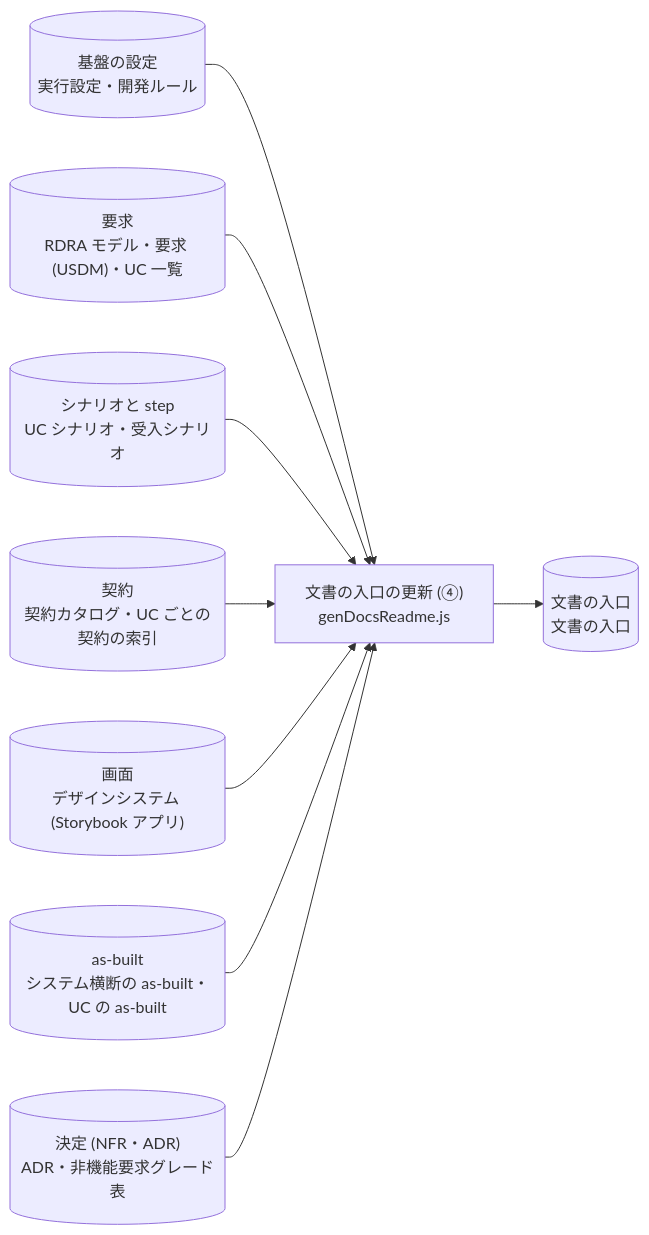
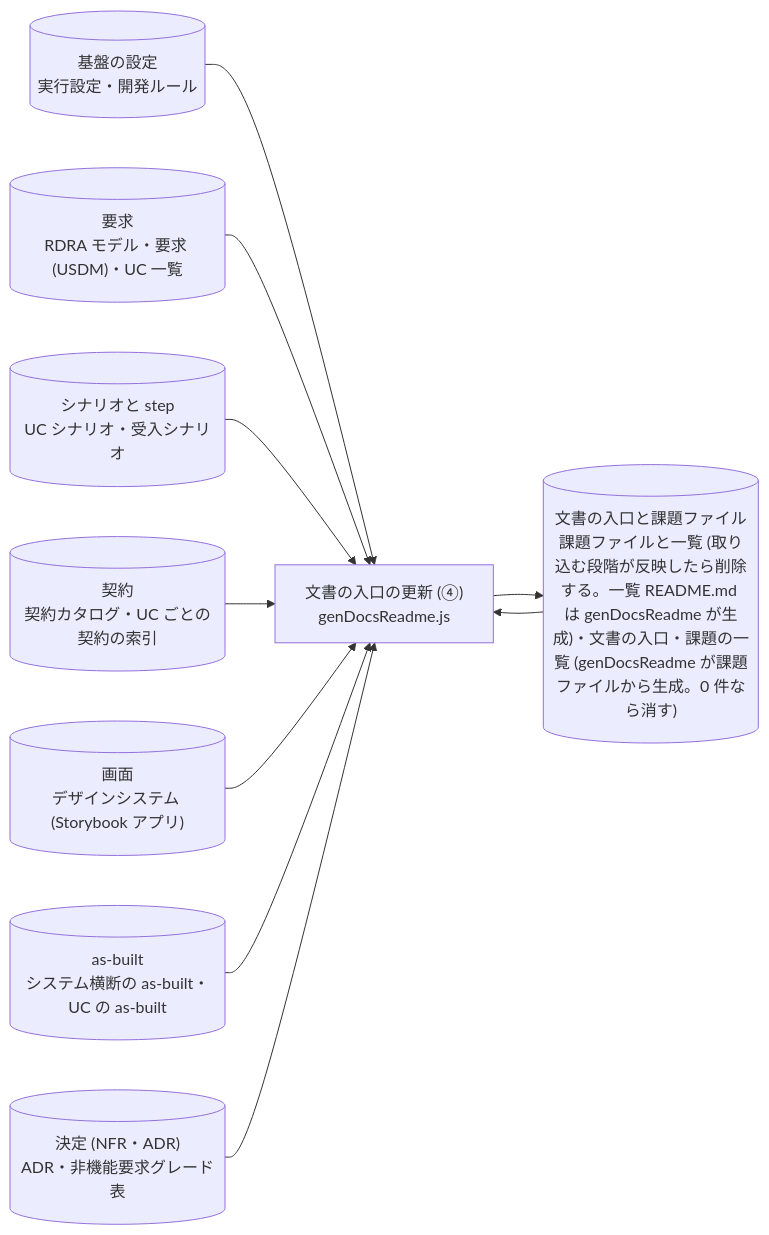
One commit to suwa-sh/suwa-sh-claude-plugins changed diagram 43 of 45 in plugins/distillery2/skills/d2-common/references/dataflow.md. Above: the diagram before and after it, drawn with Mermaid. The commit also changed other lines of this file and 22 other files, not shown here.

````diff
--- a/plugins/distillery2/skills/d2-common/references/dataflow.md
+++ b/plugins/distillery2/skills/d2-common/references/dataflow.md
@@ -896,20 +1024,21 @@
 ```mermaid
 flowchart LR
   p_run_uc_docs_readme["文書の入口の更新 (④)<br/>genDocsReadme.js"]
   g_settings[("基盤の設定<br/>実行設定・開発ルール")]
   g_requirements[("要求<br/>RDRA モデル・要求 (USDM)・UC 一覧")]
   g_scenarios[("シナリオと step<br/>UC シナリオ・受入シナリオ")]
   g_contracts[("契約<br/>契約カタログ・UC ごとの契約の索引")]
   g_design[("画面<br/>デザインシステム (Storybook アプリ)")]
   g_asbuilt[("as-built<br/>システム横断の as-built・UC の as-built")]
   g_decisions[("決定 (NFR・ADR)<br/>ADR・非機能要求グレード表")]
-  g_docs[("文書の入口<br/>文書の入口")]
+  g_docs[("文書の入口と課題ファイル<br/>課題ファイルと一覧 (取り込む段階が反映したら削除する。一覧 README.md は genDocsReadme が生成)・文書の入口・課題の一覧 (genDocsReadme が課題ファイルから生成。0 件なら消す)")]
   g_settings --> p_run_uc_docs_readme
   g_requirements --> p_run_uc_docs_readme
   g_scenarios --> p_run_uc_docs_readme
   g_contracts --> p_run_uc_docs_readme
   g_design --> p_run_uc_docs_readme
   g_asbuilt --> p_run_uc_docs_readme
   g_decisions --> p_run_uc_docs_readme
+  g_docs --> p_run_uc_docs_readme
   p_run_uc_docs_readme --> g_docs
 ```
````
